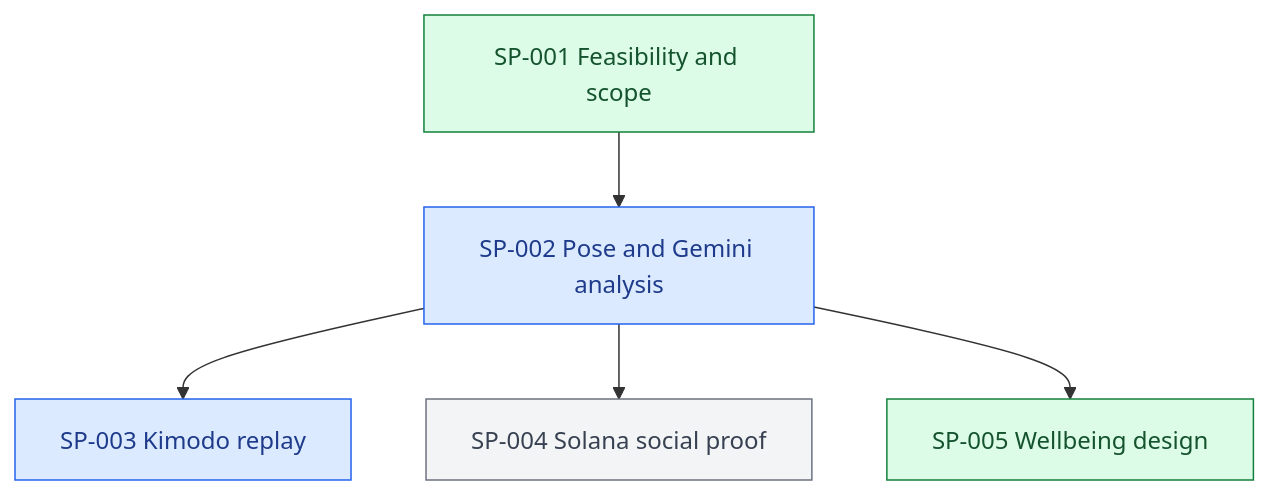
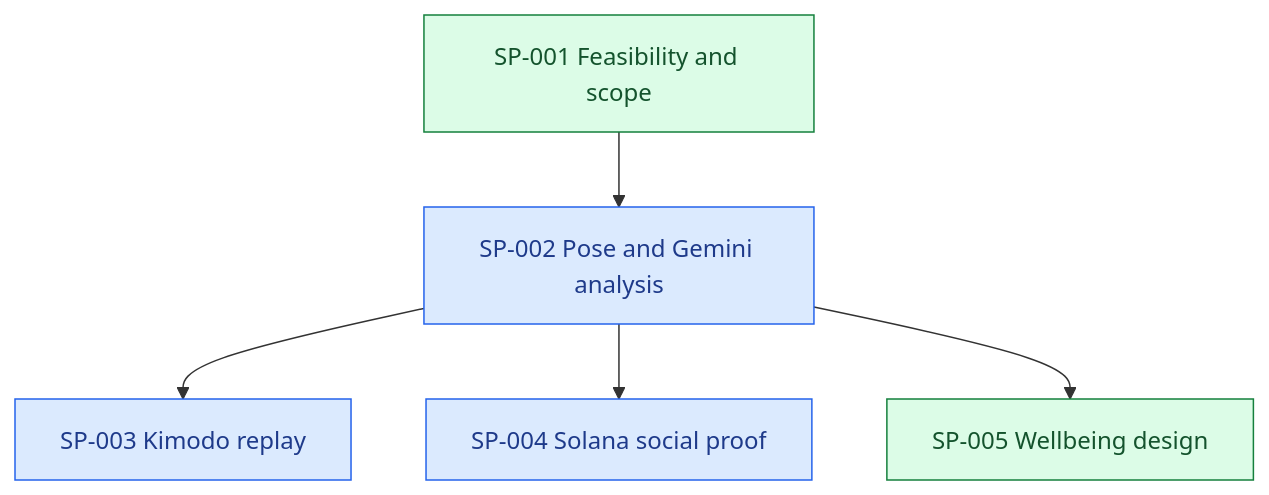
Before and after one commit to Mack-Kabir/HackWestx_26: the diagram in .codex/PROJECT_LEDGER.md, drawn with Mermaid. The commit also changed other lines of this file and 14 other files, not shown here.

````diff
--- a/.codex/PROJECT_LEDGER.md
+++ b/.codex/PROJECT_LEDGER.md
@@ -48,16 +48,16 @@
 ```mermaid
 flowchart TD
     SP001["SP-001 Feasibility and scope"] --> SP002["SP-002 Pose and Gemini analysis"]
     SP002 --> SP003["SP-003 Kimodo replay"]
     SP002 --> SP004["SP-004 Solana social proof"]
     classDef active fill:#dbeafe,stroke:#2563eb,color:#1e3a8a
     classDef ready fill:#fef3c7,stroke:#ca8a04,color:#713f12
     classDef deferred fill:#f3f4f6,stroke:#6b7280,color:#374151
     classDef complete fill:#dcfce7,stroke:#15803d,color:#14532d
     class SP001 complete
     class SP002 active
     SP002 --> SP005["SP-005 Wellbeing design"]
     class SP005 complete
     class SP003 active
-    class SP004 deferred
+    class SP004 active
 ```
````
